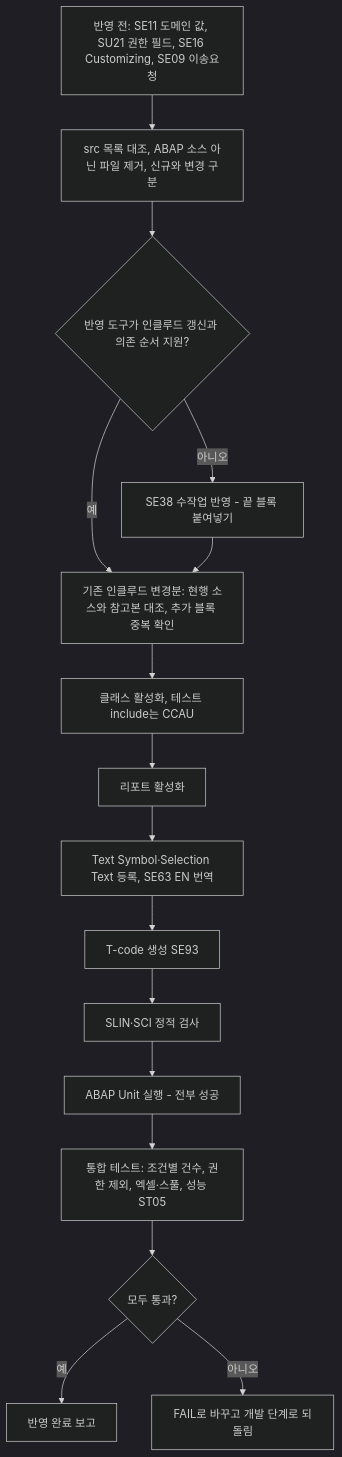
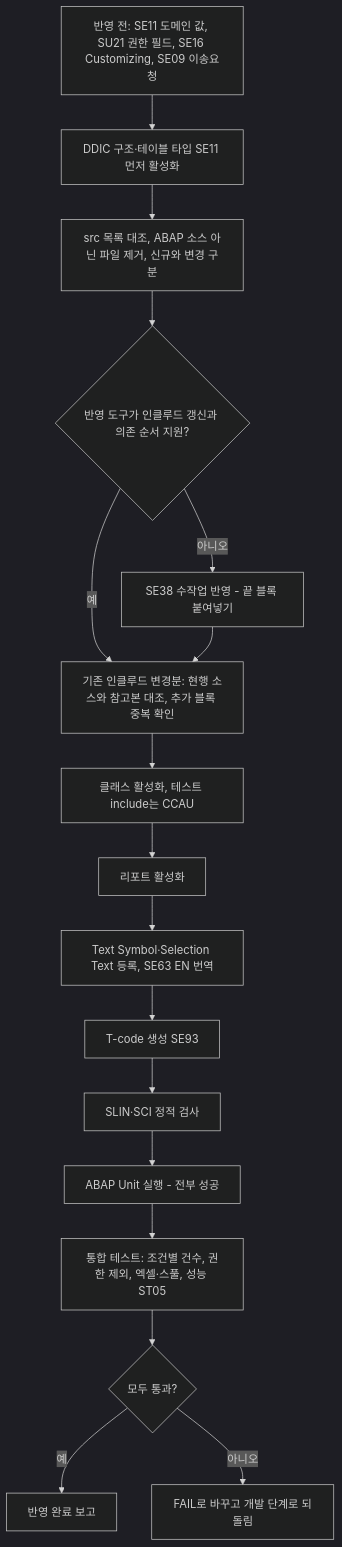
Before and after one commit to sunguphong/devsap: the diagram in wiki/테스트계 반영 전 점검 항목.md, drawn with Mermaid (dark theme). The commit also changed 3 other files, not shown here.

````diff
--- a/wiki/테스트계 반영 전 점검 항목.md
+++ b/wiki/테스트계 반영 전 점검 항목.md
@@ -7,18 +7,19 @@
 ```mermaid
 flowchart TD
-  P["반영 전: SE11 도메인 값, SU21 권한 필드, SE16 Customizing, SE09 이송요청"] --> P2["src 목록 대조, ABAP 소스 아닌 파일 제거, 신규와 변경 구분"]
+  P["반영 전: SE11 도메인 값, SU21 권한 필드, SE16 Customizing, SE09 이송요청"] --> P0["DDIC 구조·테이블 타입 SE11 먼저 활성화"]
+  P0 --> P2["src 목록 대조, ABAP 소스 아닌 파일 제거, 신규와 변경 구분"]
   P2 --> P4{"반영 도구가 인클루드 갱신과 의존 순서 지원?"}
   P4 -->|"아니오"| P5["SE38 수작업 반영 - 끝 블록 붙여넣기"]
   P4 -->|"예"| P3
   P5 --> P3["기존 인클루드 변경분: 현행 소스와 참고본 대조, 추가 블록 중복 확인"]
   P3 --> A1["클래스 활성화, 테스트 include는 CCAU"]
   A1 --> A2["리포트 활성화"]
   A2 --> A3["Text Symbol·Selection Text 등록, SE63 EN 번역"]
   A3 --> A4["T-code 생성 SE93"]
   A4 --> S["SLIN·SCI 정적 검사"]
   S --> U["ABAP Unit 실행 - 전부 성공"]
   U --> IT["통합 테스트: 조건별 건수, 권한 제외, 엑셀·스풀, 성능 ST05"]
   IT --> OK{"모두 통과?"}
   OK -->|예| D["반영 완료 보고"]
   OK -->|아니오| R["FAIL로 바꾸고 개발 단계로 되돌림"]
 ```
````
